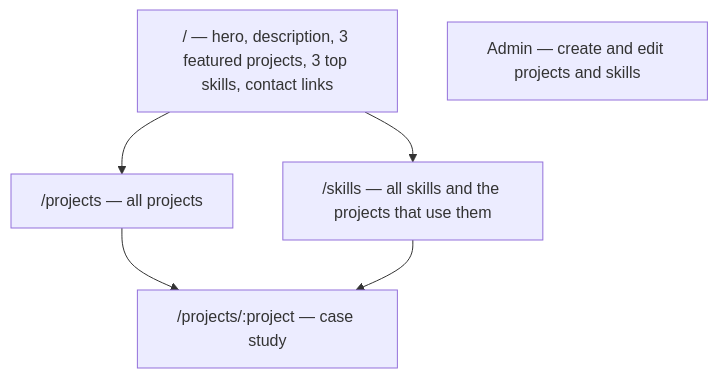
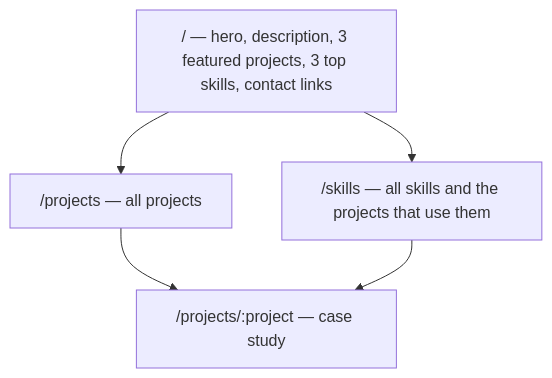
Before and after one commit to wends05/final-portfolio: the diagram in docs/intent.md, drawn with Mermaid. The commit also changed other lines of this file and 14 other files, not shown here.

````diff
--- a/docs/intent.md
+++ b/docs/intent.md
@@ -18,11 +18,10 @@
 ```mermaid
 flowchart TD
     Home["/ — hero, description, 3 featured projects, 3 top skills, contact links"]
     Projects["/projects — all projects"]
     Detail["/projects/:project — case study"]
     Skills["/skills — all skills and the projects that use them"]
-    Admin["Admin — create and edit projects and skills"]
     Home --> Projects --> Detail
     Home --> Skills
     Skills --> Detail
 ```
````
